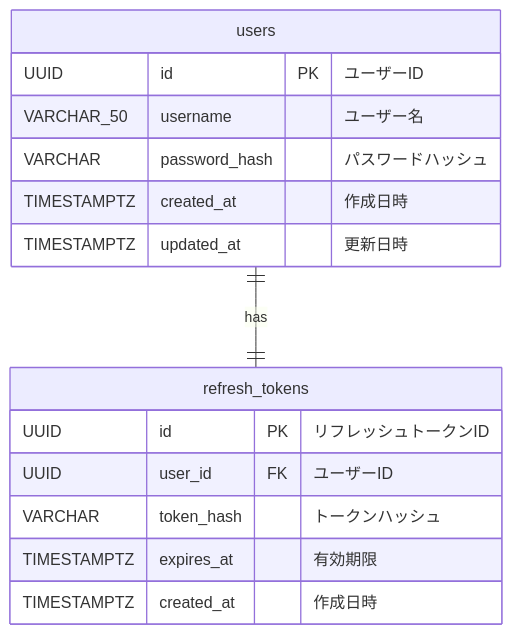
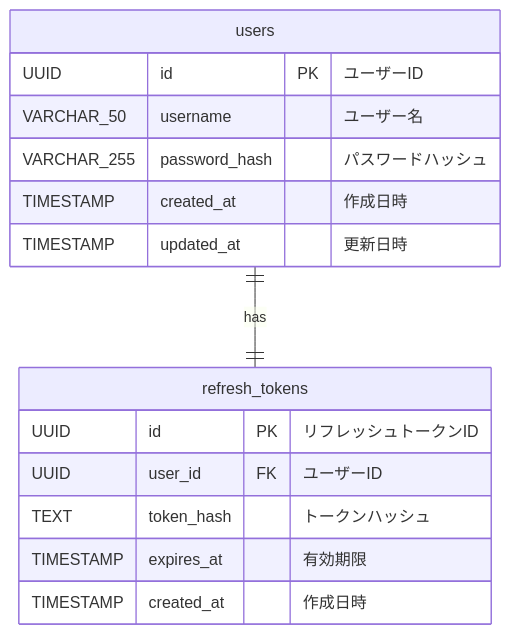
Before and after one commit to Nahaq789/pob: the diagram in docs/er/user.md, drawn with Mermaid. The commit also changed 2 other files, not shown here.

````diff
--- a/docs/er/user.md
+++ b/docs/er/user.md
@@ -1,21 +1,21 @@
 ```mermaid
 erDiagram
     users {
         UUID id PK "ユーザーID"
         VARCHAR_50 username "ユーザー名"
-        VARCHAR password_hash "パスワードハッシュ"
-        TIMESTAMPTZ created_at "作成日時"
-        TIMESTAMPTZ updated_at "更新日時"
+        VARCHAR_255 password_hash "パスワードハッシュ"
+        TIMESTAMP created_at "作成日時"
+        TIMESTAMP updated_at "更新日時"
     }
 
     refresh_tokens {
         UUID id PK "リフレッシュトークンID"
         UUID user_id FK "ユーザーID"
-        VARCHAR token_hash "トークンハッシュ"
-        TIMESTAMPTZ expires_at "有効期限"
-        TIMESTAMPTZ created_at "作成日時"
+        TEXT token_hash "トークンハッシュ"
+        TIMESTAMP expires_at "有効期限"
+        TIMESTAMP created_at "作成日時"
     }
 
     users ||--|| refresh_tokens : "has"
 
 ```
````
